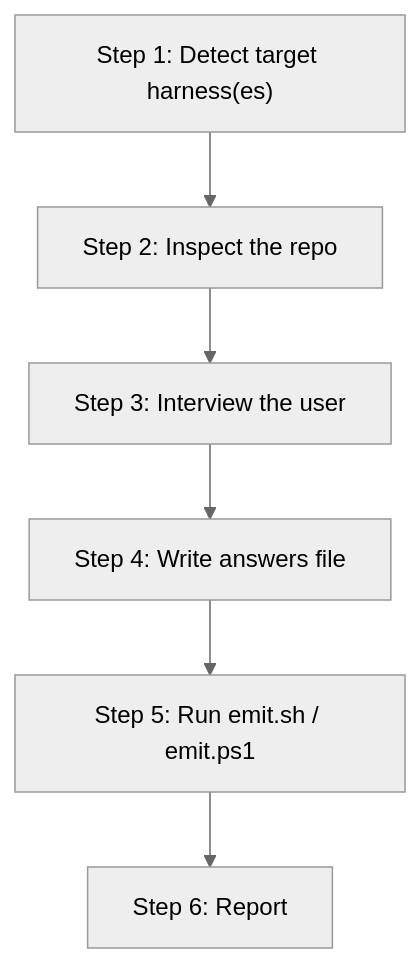
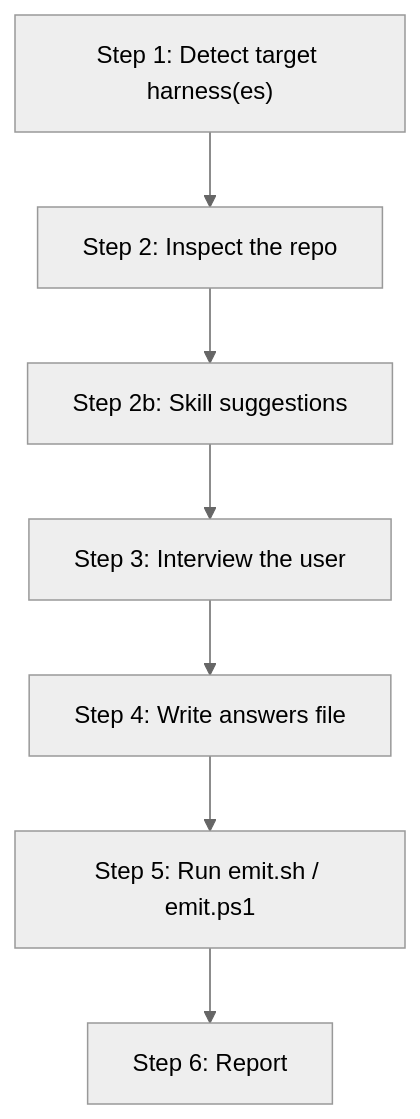
One commit to kdcllc/skills changed the diagram in docs/guide/getting-started.md. Above: the diagram before and after it, drawn with Mermaid (neutral theme). The commit also changed other lines of this file and 9 other files, not shown here.

First line of the commit message:
feat: Upgrade to kit v0.28.0 — introduce signal-driven skill suggestions (#6)

````diff
--- a/docs/guide/getting-started.md
+++ b/docs/guide/getting-started.md
@@ -57,15 +58,17 @@
 ```mermaid
 flowchart TD
     Detect["Step 1: Detect target harness(es)"]
     Inspect["Step 2: Inspect the repo"]
+    Suggest["Step 2b: Skill suggestions"]
     Interview["Step 3: Interview the user"]
     Answers["Step 4: Write answers file"]
     Emit["Step 5: Run emit.sh / emit.ps1"]
     Report["Step 6: Report"]
 
     Detect --> Inspect
-    Inspect --> Interview
+    Inspect --> Suggest
+    Suggest --> Interview
     Interview --> Answers
     Answers --> Emit
     Emit --> Report
 ```
````
